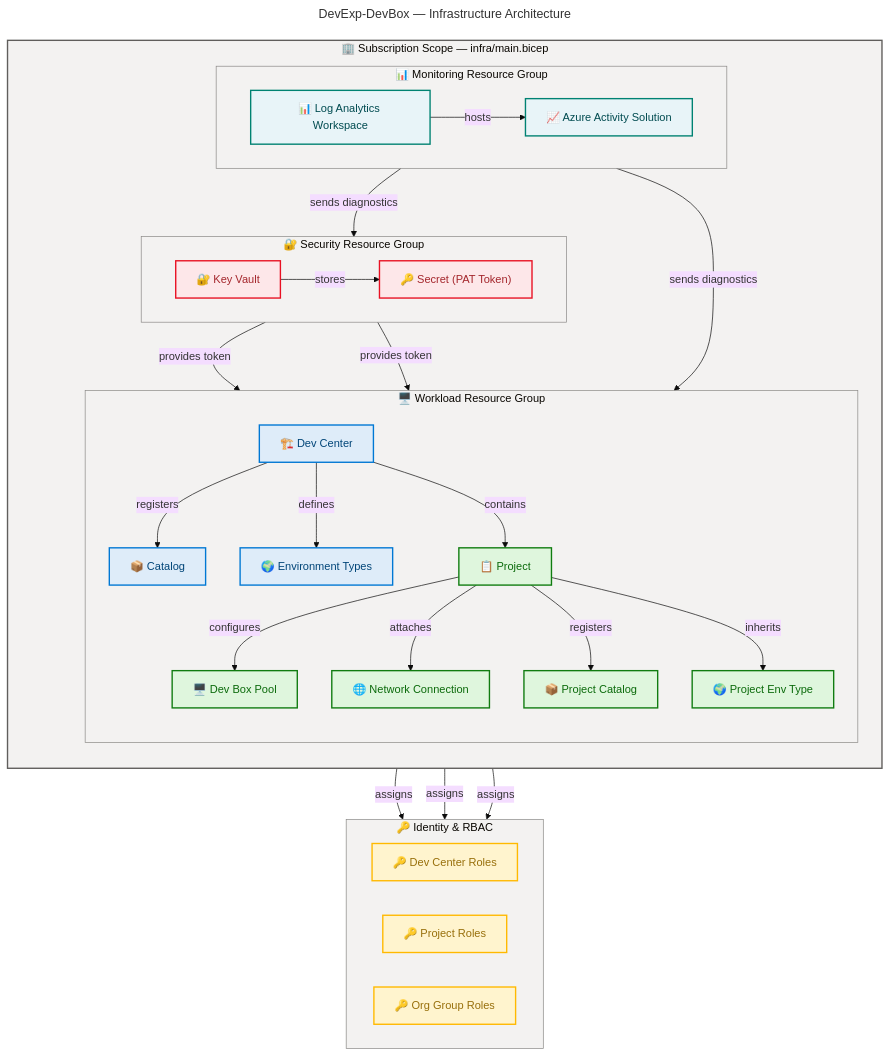
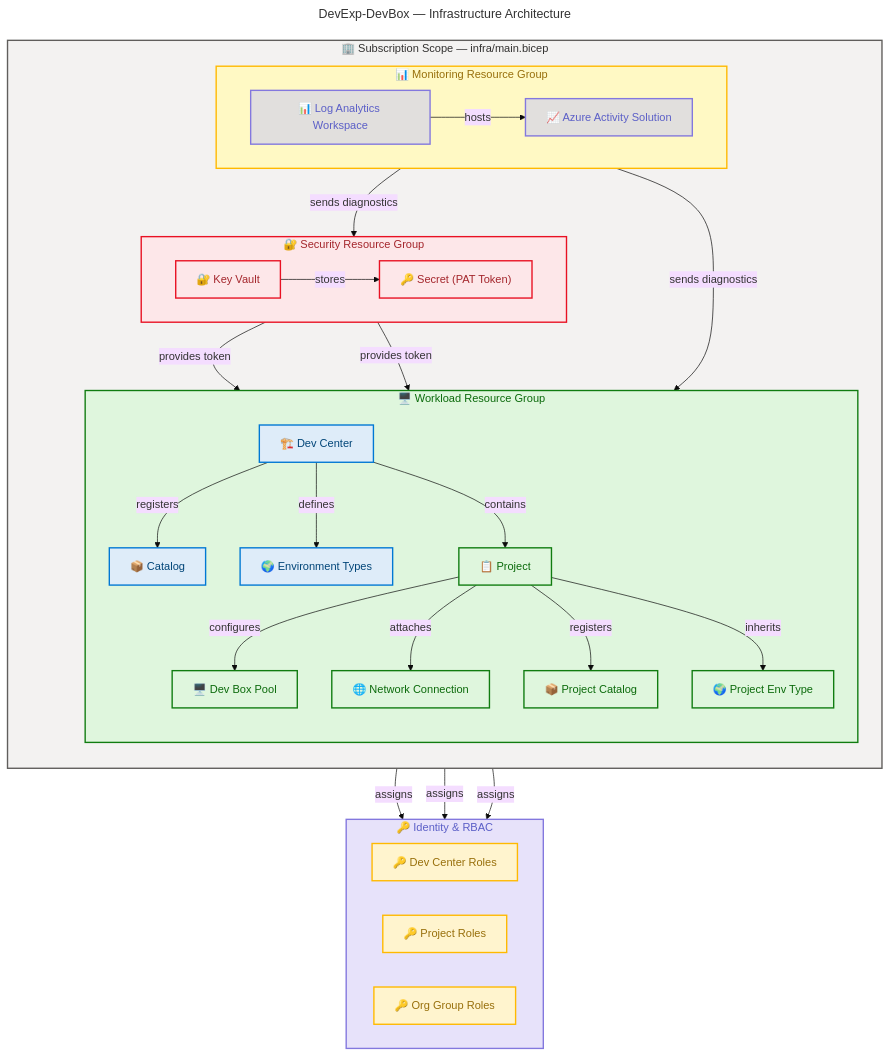
Before and after one commit to Evilazaro/DevExp-DevBox: the diagram in README.md, drawn with Mermaid.

Commit message:
style: update flowchart styling and add theme variables for improved readability

````diff
--- a/README.md
+++ b/README.md
@@ -119,6 +119,8 @@
   theme: base
   look: classic
   layout: dagre
+  themeVariables:
+    fontSize: '16px'
   flowchart:
     htmlLabels: true
 ---
@@ -134,6 +136,15 @@
     %% PHASE 4 - ACCESSIBILITY: accTitle/accDescr present, icons on all nodes
     %% PHASE 5 - STANDARD: Governance block present, classDefs centralized
     %% ═══════════════════════════════════════════════════════════════════════════
+
+    %% ────────────────────────────────────────────────────────────────────────────
+    %% COLOR DOCUMENTATION (MRM-D001)
+    %% core    (#DEECF9) — Dev Center, catalogs, environment types (blue)
+    %% success (#DFF6DD) — Projects, pools, network connections (green)
+    %% danger  (#FDE7E9) — Security resources: Key Vault, secrets (red/orange)
+    %% warning (#FFF4CE) — Identity and RBAC role assignments (yellow)
+    %% data    (#E1DFDD) — Monitoring and diagnostics resources (purple-gray)
+    %% ────────────────────────────────────────────────────────────────────────────
 
     subgraph orchestrator["🏢 Subscription Scope — infra/main.bicep"]
         direction TB
@@ -188,16 +199,21 @@
     project -->|"assigns"| projectRoles
     devCenter -->|"assigns"| orgRoles
 
-    style orchestrator fill:#F3F2F1,stroke:#605E5C,stroke-width:2px
-    style monitoringRG fill:#F3F2F1,stroke:#8A8886,stroke-width:1px
-    style securityRG fill:#F3F2F1,stroke:#8A8886,stroke-width:1px
-    style workloadRG fill:#F3F2F1,stroke:#8A8886,stroke-width:1px
-    style identity fill:#F3F2F1,stroke:#8A8886,stroke-width:1px
+    %% ============================================
+    %% SUBGRAPH STYLING (5 subgraphs = 5 directives)
+    %% ============================================
+    style orchestrator fill:#F3F2F1,stroke:#605E5C,stroke-width:2px,color:#323130
+    style monitoringRG fill:#FFF9C4,stroke:#FFB900,stroke-width:2px,color:#986F0B
+    style securityRG fill:#FDE7E9,stroke:#E81123,stroke-width:2px,color:#A4262C
+    style workloadRG fill:#DFF6DD,stroke:#107C10,stroke-width:2px,color:#0B6A0B
+    style identity fill:#E7E2FA,stroke:#8378DE,stroke-width:2px,color:#5B5FC7
 
-    %% Centralized semantic classDefs (Phase 5 compliant)
+    %% Centralized semantic classDefs — 7 canonical (Phase 5 compliant)
+    classDef neutral fill:#FAFAFA,stroke:#8A8886,stroke-width:2px,color:#323130
     classDef core fill:#DEECF9,stroke:#0078D4,stroke-width:2px,color:#004578
     classDef success fill:#DFF6DD,stroke:#107C10,stroke-width:2px,color:#0B6A0B
+    classDef warning fill:#FFF4CE,stroke:#FFB900,stroke-width:2px,color:#986F0B
     classDef danger fill:#FDE7E9,stroke:#E81123,stroke-width:2px,color:#A4262C
-    classDef warning fill:#FFF4CE,stroke:#FFB900,stroke-width:2px,color:#986F0B
-    classDef data fill:#E8F4F8,stroke:#008272,stroke-width:2px,color:#004B50
+    classDef data fill:#E1DFDD,stroke:#8378DE,stroke-width:2px,color:#5B5FC7
+    classDef external fill:#F3F2F1,stroke:#605E5C,stroke-width:2px,color:#323130
 ```
````
